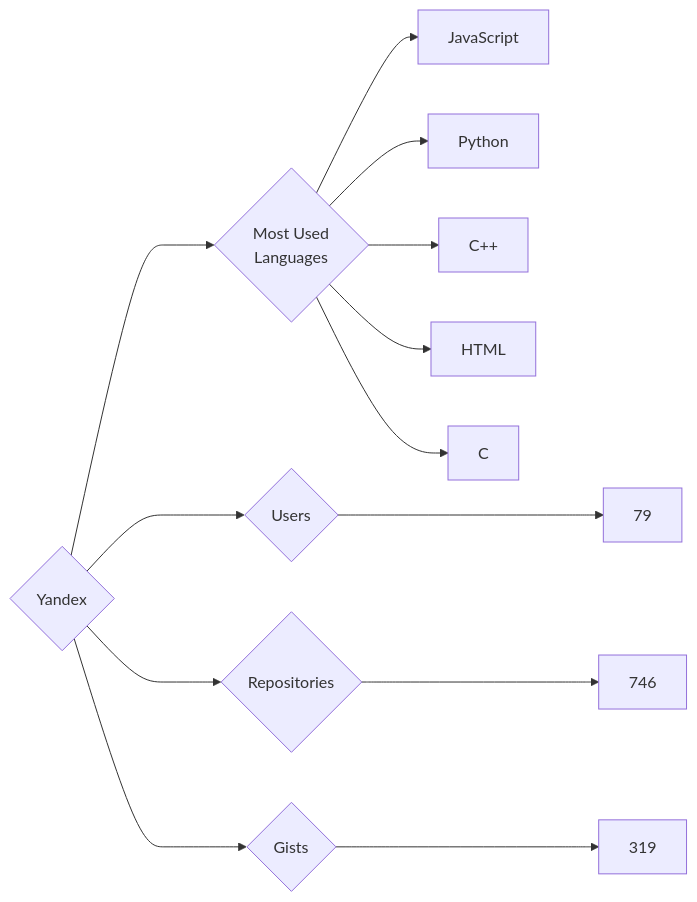
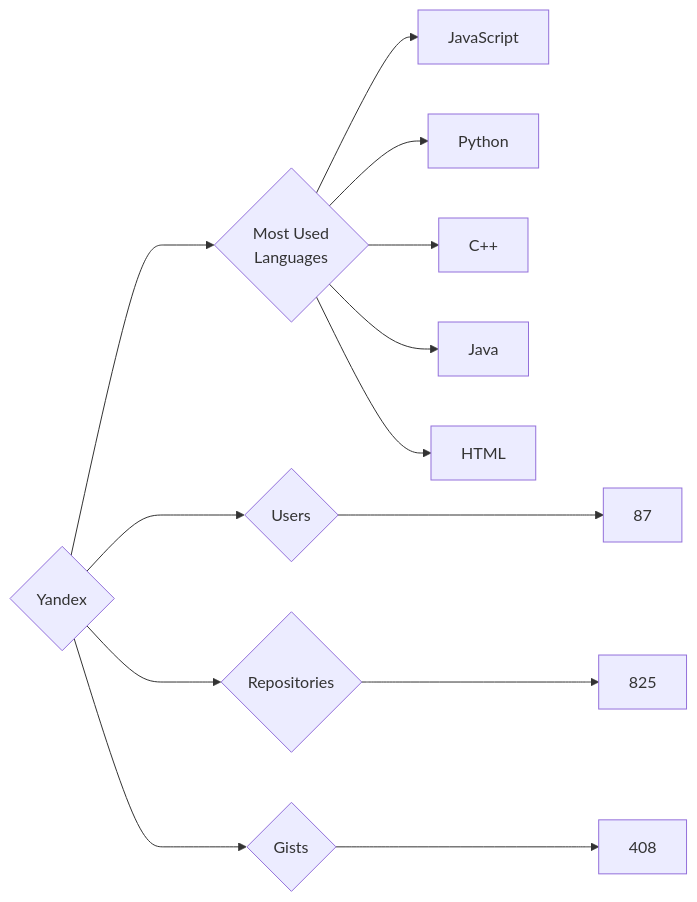
One commit to trickest/insiders changed the diagram in targets/Yandex/README.md. Above: the diagram before and after it, drawn with Mermaid. The commit also changed 677 other files, not shown here.

````diff
--- a/targets/Yandex/README.md
+++ b/targets/Yandex/README.md
@@ -3,13 +3,13 @@
 ```mermaid
 graph LR
 COMPANY_NAME{Yandex}
-COMPANY_NAME ---> U{Users} ---> UN[79]
-COMPANY_NAME ---> R{Repositories} ---> RN[746]
-COMPANY_NAME ---> G{Gists} ---> GN[319]
+COMPANY_NAME ---> U{Users} ---> UN[87]
+COMPANY_NAME ---> R{Repositories} ---> RN[825]
+COMPANY_NAME ---> G{Gists} ---> GN[408]
 COMPANY_NAME ---> ML{Most Used<br>Languages}
 ML --> JavaScript[JavaScript]
 ML --> Python[Python]
 ML --> C++[C++]
+ML --> Java[Java]
 ML --> HTML[HTML]
-ML --> C[C]
 ```
````
